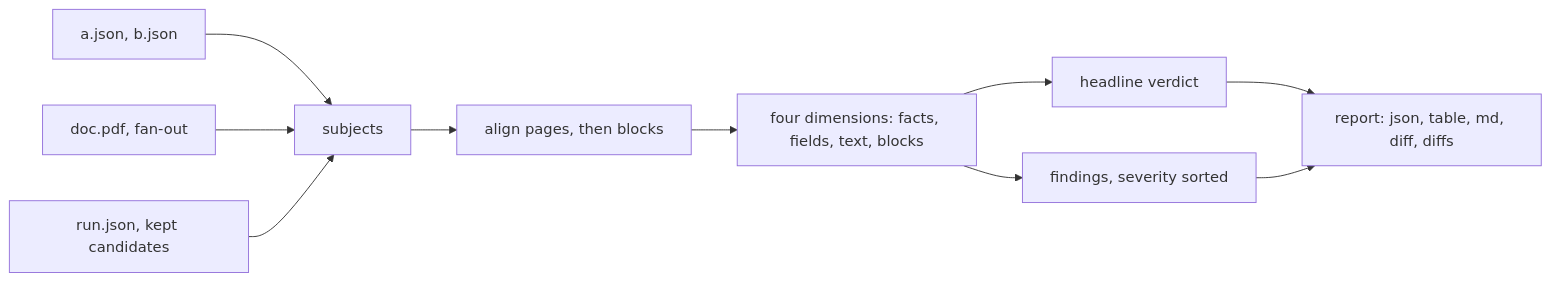
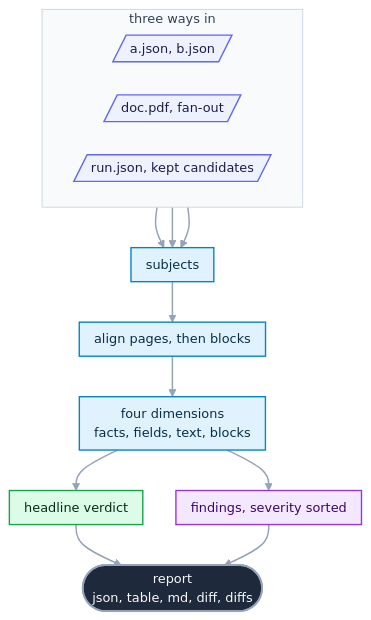
One commit to openreading-ai/openreading-core changed the diagram in src/openreading/comparison/README.md. Above: the diagram before and after it, drawn with Mermaid. The commit also changed 8 other files, not shown here.

````diff
--- a/src/openreading/comparison/README.md
+++ b/src/openreading/comparison/README.md
@@ -30,12 +30,28 @@
 ```mermaid
-flowchart LR
-  A["a.json, b.json"] --> S["subjects"]
-  B["doc.pdf, fan-out"] --> S
-  C["run.json, kept candidates"] --> S
-  S --> AL["align pages, then blocks"]
-  AL --> F["four dimensions: facts, fields, text, blocks"]
-  F --> H["headline verdict"]
-  F --> G["findings, severity sorted"]
-  H --> R["report: json, table, md, diff, diffs"]
+%%{init: {"theme":"base","themeVariables":{"fontFamily":"ui-sans-serif, system-ui, -apple-system, Segoe UI, Roboto, sans-serif","fontSize":"14px","lineColor":"#94a3b8","textColor":"#334155","primaryTextColor":"#0f172a","edgeLabelBackground":"#eef2f7","clusterBkg":"#f8fafc","clusterBorder":"#cbd5e1","titleColor":"#334155"},"flowchart":{"curve":"basis","nodeSpacing":36,"rankSpacing":44,"padding":8,"useMaxWidth":true}}}%%
+flowchart TD
+  subgraph IN["three ways in"]
+    direction LR
+    A[/"a.json, b.json"/]:::src
+    B[/"doc.pdf, fan-out"/]:::src
+    C[/"run.json, kept candidates"/]:::src
+  end
+  A --> S["subjects"]:::work
+  B --> S
+  C --> S
+  S --> AL["align pages, then blocks"]:::work
+  AL --> F["four dimensions<br>facts, fields, text, blocks"]:::work
+  F --> H["headline verdict"]:::good
+  F --> G["findings, severity sorted"]:::out
+  H --> R(["report<br>json, table, md, diff, diffs"]):::hero
   G --> R
+  classDef src fill:#eef2ff,stroke:#6366f1,stroke-width:1.5px,color:#1e1b4b;
+  classDef work fill:#e0f2fe,stroke:#0284c7,stroke-width:1.5px,color:#082f49;
+  classDef gate fill:#fef3c7,stroke:#d97706,stroke-width:1.5px,color:#451a03;
+  classDef good fill:#dcfce7,stroke:#16a34a,stroke-width:1.5px,color:#052e16;
+  classDef bad fill:#fee2e2,stroke:#dc2626,stroke-width:1.5px,color:#450a0a;
+  classDef store fill:#ccfbf1,stroke:#0d9488,stroke-width:1.5px,color:#042f2e;
+  classDef out fill:#f3e8ff,stroke:#9333ea,stroke-width:1.5px,color:#3b0764;
+  classDef hero fill:#1e293b,stroke:#94a3b8,stroke-width:2px,color:#f8fafc;
+  linkStyle default stroke-width:1.6px;
 ```
````
